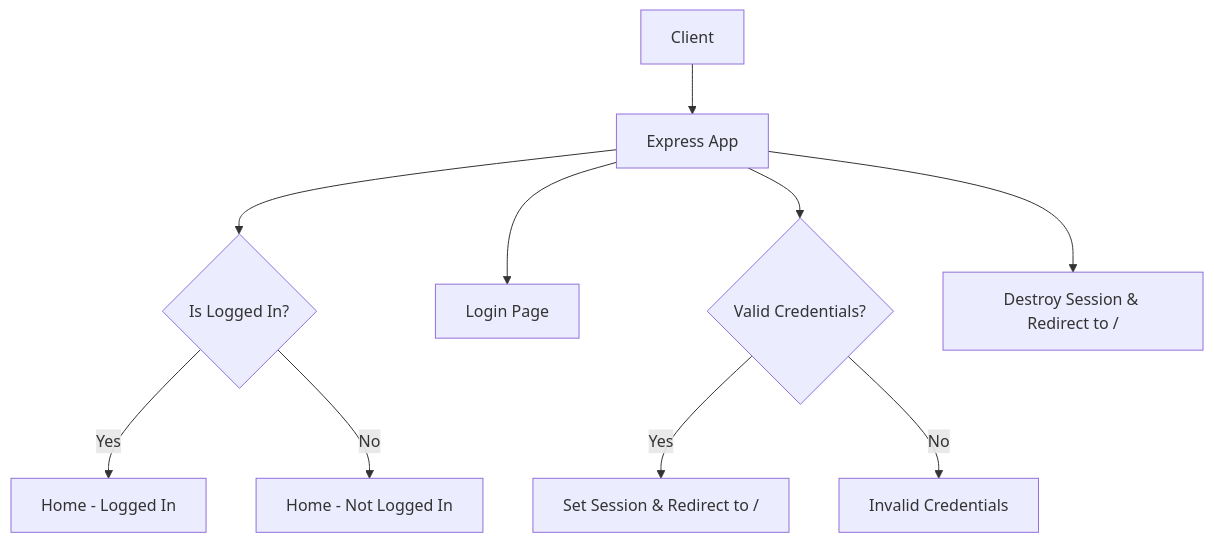
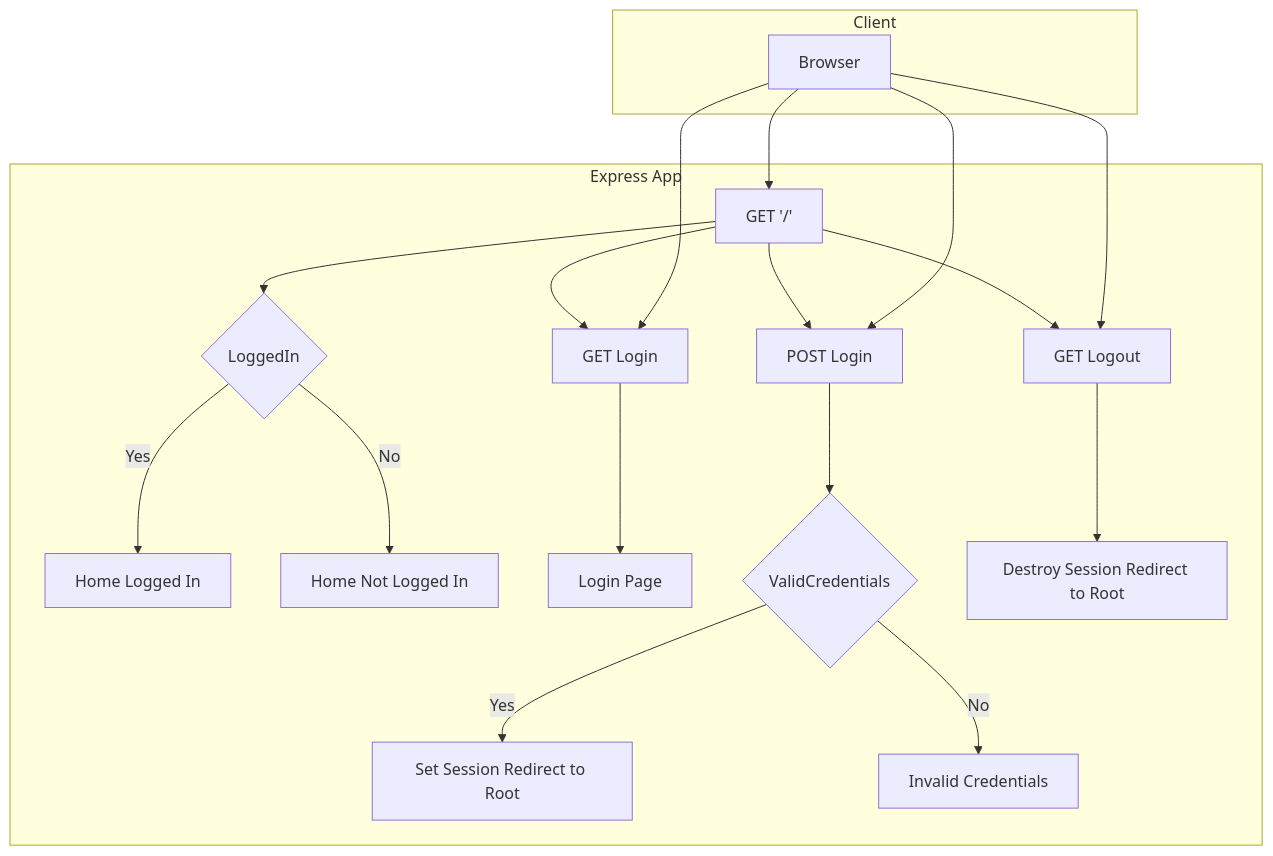
One commit to miwashi-edu/edu-authentication changed the second of 2 diagrams in README.md. Above: the diagram before and after it, drawn with Mermaid. The commit also changed other lines of this file, not shown here.

````diff
--- a/README.md
+++ b/README.md
@@ -28,13 +151,27 @@
 ```mermaid
 graph TB
-    A[Client] --> B[Express App]
-    B --> C{Is Logged In?}
-    C -->|Yes| D[Home - Logged In]
-    C -->|No| E[Home - Not Logged In]
-    B --> F[Login Page]
-    B --> G{Valid Credentials?}
-    G -->|Yes| H[Set Session & Redirect to /]
-    G -->|No| I[Invalid Credentials]
-    B --> J[Destroy Session & Redirect to /]
+    subgraph "Client"
+        A[Browser] 
+    end
+    
+    subgraph "Express App"
+        B[GET '/'] --> C{LoggedIn}
+        C -->|Yes| D[Home Logged In]
+        C -->|No| E[Home Not Logged In]
+        B --> F[GET Login]
+        F --> G[Login Page]
+        B --> H[POST Login]
+        H --> I{ValidCredentials}
+        I -->|Yes| J[Set Session Redirect to Root]
+        I -->|No| K[Invalid Credentials]
+        B --> L[GET Logout]
+        L --> M[Destroy Session Redirect to Root]
+    end
+    
+    A --> B
+    A --> F
+    A --> H
+    A --> L
+
 
 ```
````
